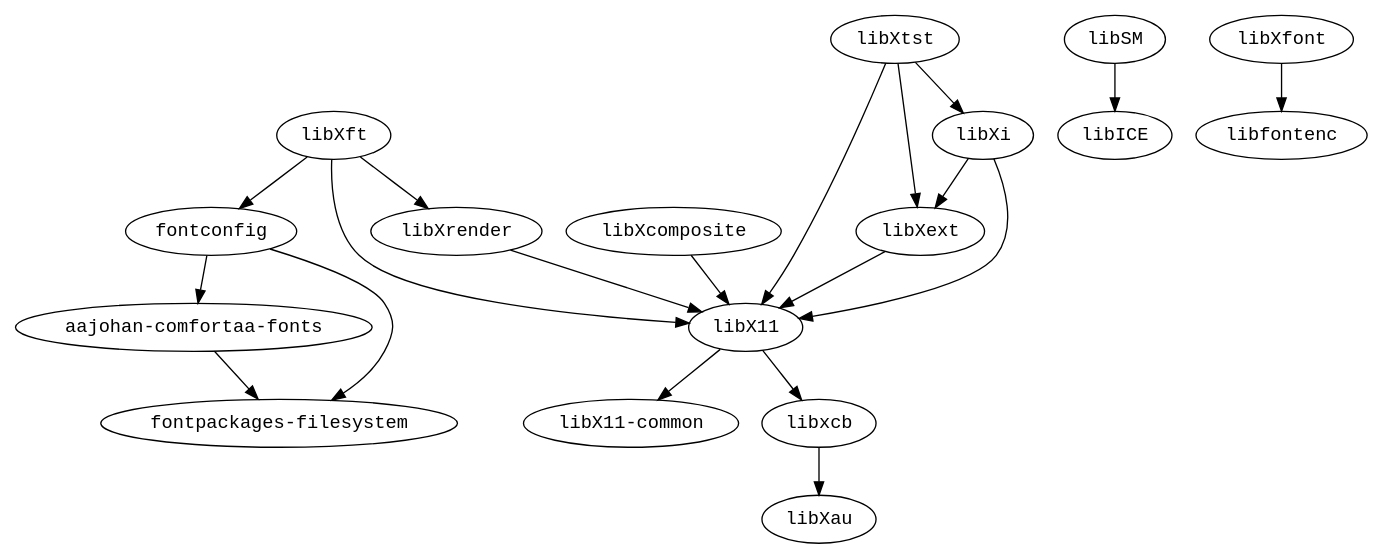
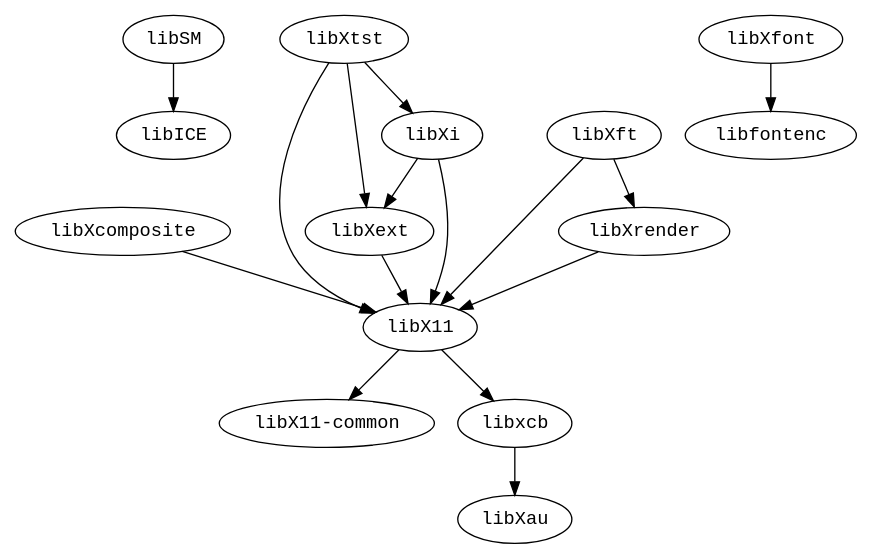
The diagram in modules/X11-base/x86_64/graph.dot (fedora-modularity/dependency-report), drawn with Graphviz before and after one commit. The commit also changed 1239 other files, not shown here.

```diff
--- a/modules/X11-base/x86_64/graph.dot
+++ b/modules/X11-base/x86_64/graph.dot
@@ -1,22 +1,18 @@
 strict digraph G {
 node [fontname=monospace];
-  "aajohan-comfortaa-fonts" -> "fontpackages-filesystem";
-  "fontconfig" -> "aajohan-comfortaa-fonts";
-  "fontconfig" -> "fontpackages-filesystem";
   "libSM" -> "libICE";
   "libX11" -> "libX11-common";
   "libX11" -> "libxcb";
   "libxcb" -> "libXau";
   "libXcomposite" -> "libX11";
   "libXext" -> "libX11";
   "libXfont" -> "libfontenc";
-  "libXft" -> "fontconfig";
   "libXft" -> "libX11";
   "libXft" -> "libXrender";
   "libXi" -> "libX11";
   "libXi" -> "libXext";
   "libXrender" -> "libX11";
   "libXtst" -> "libX11";
   "libXtst" -> "libXext";
   "libXtst" -> "libXi";
 }
```
